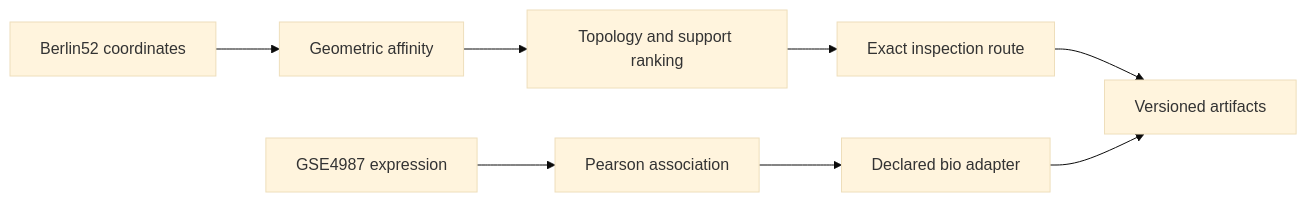
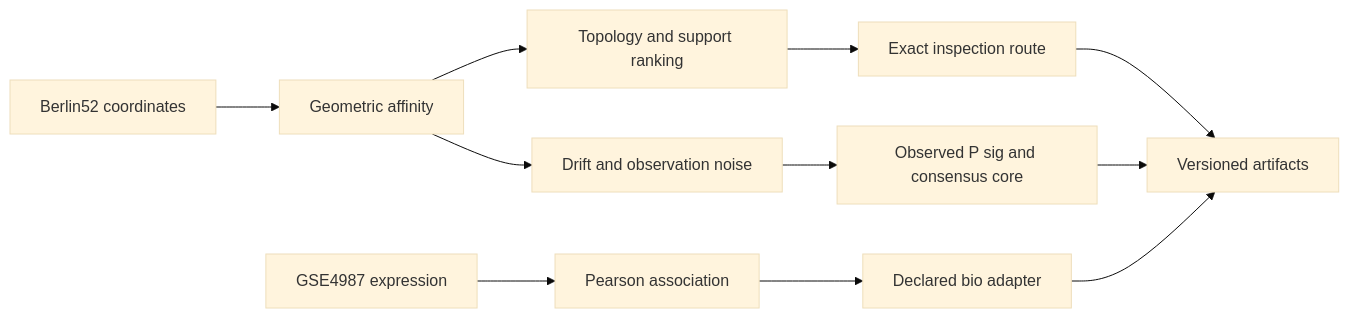
Before and after one commit to samajonathan9-source/Ratiss-Jonathan-Labs-: the diagram in README.md, drawn with Mermaid (base theme). The commit also changed other lines of this file and 12 other files, not shown here.

````diff
--- a/README.md
+++ b/README.md
@@ -44,10 +54,13 @@
 ```mermaid
 flowchart LR
   A[Berlin52 coordinates] --> B[Geometric affinity]
   B --> C[Topology and support ranking]
   C --> D[Exact inspection route]
+  B --> I[Drift and observation noise]
+  I --> J[Observed P sig and consensus core]
   E[GSE4987 expression] --> F[Pearson association]
   F --> G[Declared bio adapter]
   D --> H[Versioned artifacts]
   G --> H
+  J --> H
 ```
````
